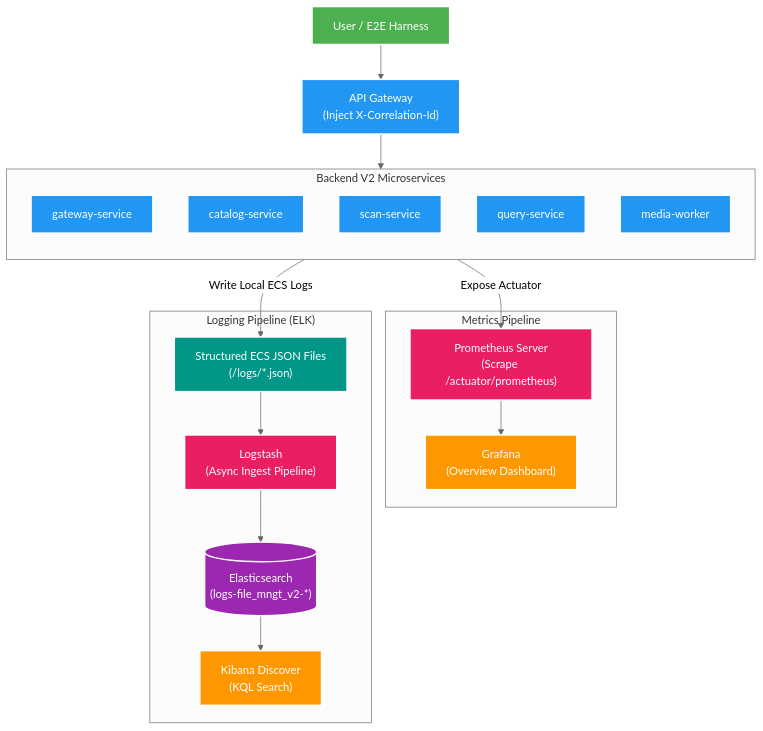
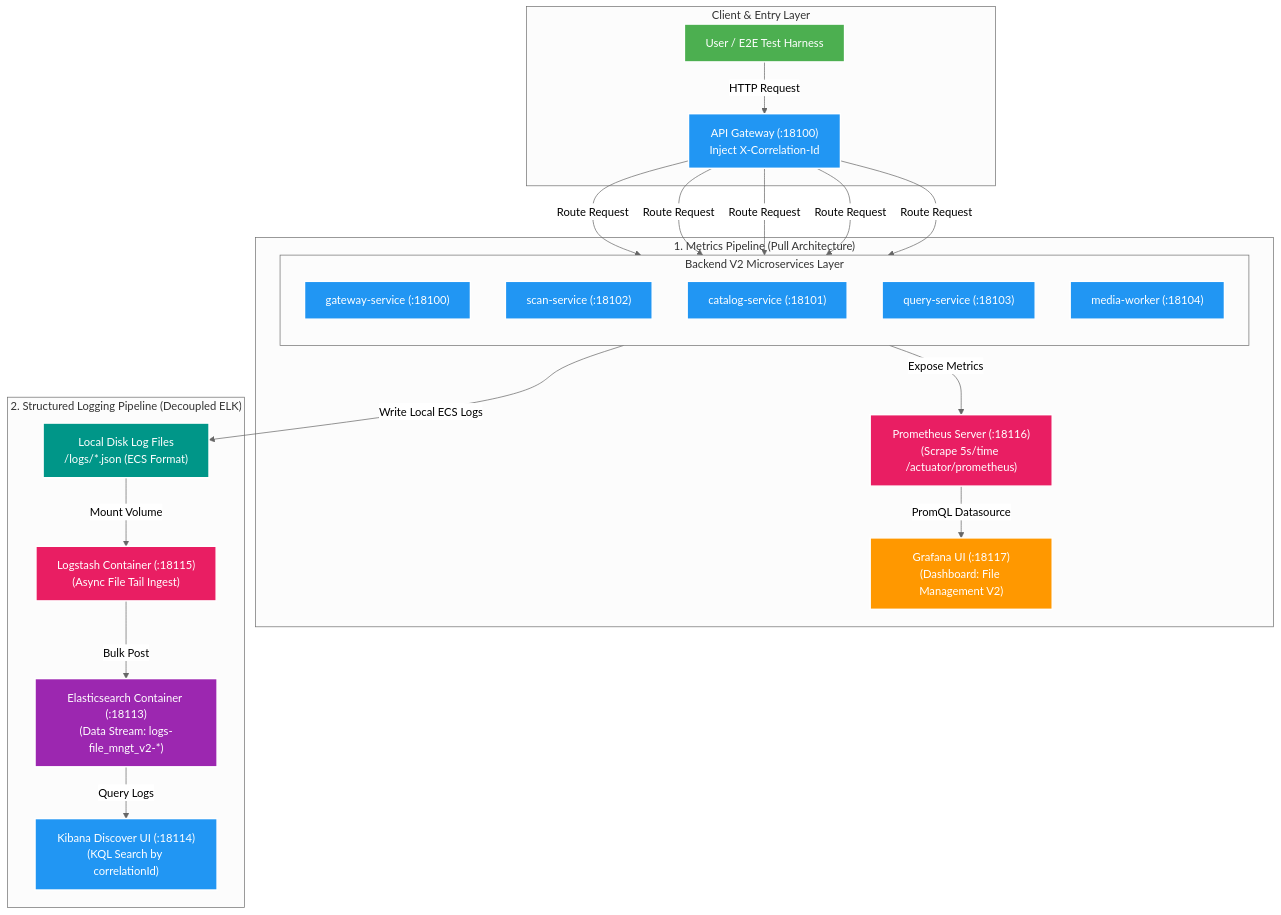
The diagram in manual/learning/deep-dive/observability/00-overview.md (HungPhan200591/file-mngt-be-v2), drawn with Mermaid (neutral theme) before and after one commit. The commit also changed 4 other files, not shown here.

Commit message:
docs: add deep-dive learning materials for transactional outbox, CQRS projections, and observability architecture

````diff
--- a/manual/learning/deep-dive/observability/00-overview.md
+++ b/manual/learning/deep-dive/observability/00-overview.md
@@ -28,47 +28,48 @@
 ```mermaid
 flowchart TB
-    CLIENT["<font color='white'>User / E2E Harness</font>"] --> GW["<font color='white'>API Gateway<br/>(Inject X-Correlation-Id)</font>"]
-
-    subgraph APPS["Backend V2 Microservices"]
-        direction TB
-        GW_SVC["<font color='white'>gateway-service</font>"]
-        CAT_SVC["<font color='white'>catalog-service</font>"]
-        SCAN_SVC["<font color='white'>scan-service</font>"]
-        QUERY_SVC["<font color='white'>query-service</font>"]
-        WORKER_SVC["<font color='white'>media-worker</font>"]
+    subgraph CLIENT_LAYER["Client & Entry Layer"]
+        CLIENT["<font color='white'>User / E2E Test Harness</font>"] -->|HTTP Request| GW["<font color='white'>API Gateway (:18100)<br/>Inject X-Correlation-Id</font>"]
     end
 
-    GW --> APPS
-
-    subgraph METRICS_STACK["Metrics Pipeline"]
-        PROM["<font color='white'>Prometheus Server<br/>(Scrape /actuator/prometheus)</font>"]
-        GRAFANA["<font color='white'>Grafana<br/>(Overview Dashboard)</font>"]
-        PROM --> GRAFANA
+    subgraph APPS["Backend V2 Microservices Layer"]
+        direction TB
+        GW -->|Route Request| GW_SVC["<font color='white'>gateway-service (:18100)</font>"]
+        GW -->|Route Request| SCAN_SVC["<font color='white'>scan-service (:18102)</font>"]
+        GW -->|Route Request| CAT_SVC["<font color='white'>catalog-service (:18101)</font>"]
+        GW -->|Route Request| QUERY_SVC["<font color='white'>query-service (:18103)</font>"]
+        GW -->|Route Request| WORKER_SVC["<font color='white'>media-worker (:18104)</font>"]
     end
 
-    subgraph LOGGING_STACK["Logging Pipeline (ELK)"]
-        ECS_FILES["<font color='white'>Structured ECS JSON Files<br/>(/logs/*.json)</font>"]
-        LOGSTASH["<font color='white'>Logstash<br/>(Async Ingest Pipeline)</font>"]
-        ES_LOGS[("<font color='white'>Elasticsearch<br/>(logs-file_mngt_v2-*)</font>")]
-        KIBANA["<font color='white'>Kibana Discover<br/>(KQL Search)</font>"]
-
-        ECS_FILES --> LOGSTASH --> ES_LOGS --> KIBANA
+    subgraph METRICS_PIPELINE["1. Metrics Pipeline (Pull Architecture)"]
+        PROM["<font color='white'>Prometheus Server (:18116)<br/>(Scrape 5s/time /actuator/prometheus)</font>"]
+        GRAFANA["<font color='white'>Grafana UI (:18117)<br/>(Dashboard: File Management V2)</font>"]
+        APPS -->|Expose Metrics| PROM
+        PROM -->|PromQL Datasource| GRAFANA
     end
 
-    APPS -->|Expose Actuator| PROM
-    APPS -->|Write Local ECS Logs| ECS_FILES
+    subgraph LOGGING_PIPELINE["2. Structured Logging Pipeline (Decoupled ELK)"]
+        ECS_FILES["<font color='white'>Local Disk Log Files<br/>/logs/*.json (ECS Format)</font>"]
+        LOGSTASH["<font color='white'>Logstash Container (:18115)<br/>(Async File Tail Ingest)</font>"]
+        ES_LOGS["<font color='white'>Elasticsearch Container (:18113)<br/>(Data Stream: logs-file_mngt_v2-*)</font>"]
+        KIBANA["<font color='white'>Kibana Discover UI (:18114)<br/>(KQL Search by correlationId)</font>"]
+
+        APPS -->|"Write Local ECS Logs"| ECS_FILES
+        ECS_FILES -->|"Mount Volume"| LOGSTASH
+        LOGSTASH -->|"Bulk Post"| ES_LOGS
+        ES_LOGS -->|"Query Logs"| KIBANA
+    end
 
     style CLIENT fill:#4CAF50,stroke:#fff,stroke-width:2px
     style GW fill:#2196F3,stroke:#fff,stroke-width:2px
     style GW_SVC fill:#2196F3,stroke:#fff,stroke-width:2px
     style CAT_SVC fill:#2196F3,stroke:#fff,stroke-width:2px
     style SCAN_SVC fill:#2196F3,stroke:#fff,stroke-width:2px
     style QUERY_SVC fill:#2196F3,stroke:#fff,stroke-width:2px
     style WORKER_SVC fill:#2196F3,stroke:#fff,stroke-width:2px
     style PROM fill:#E91E63,stroke:#fff,stroke-width:2px
     style GRAFANA fill:#FF9800,stroke:#fff,stroke-width:2px
     style ECS_FILES fill:#009688,stroke:#fff,stroke-width:2px
     style LOGSTASH fill:#E91E63,stroke:#fff,stroke-width:2px
     style ES_LOGS fill:#9C27B0,stroke:#fff,stroke-width:2px
-    style KIBANA fill:#FF9800,stroke:#fff,stroke-width:2px
+    style KIBANA fill:#2196F3,stroke:#fff,stroke-width:2px
 ```
````
